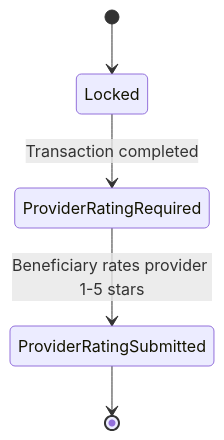
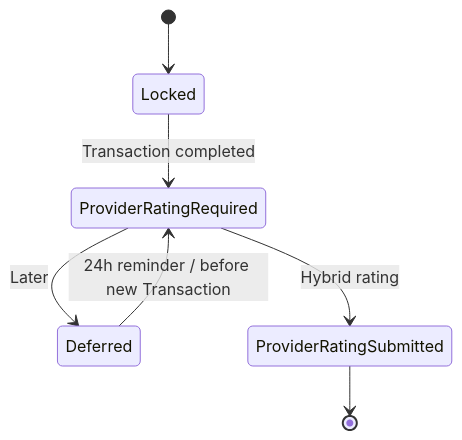
One commit to Yadd-SanaaUniversityGraduationProject/yadd changed the sixth of 8 diagrams in docs/03-analysis/07-lifecycles.md. Above: the diagram before and after it, drawn with Mermaid. The commit also changed other lines of this file, not shown here.

````diff
--- a/docs/03-analysis/07-lifecycles.md
+++ b/docs/03-analysis/07-lifecycles.md
@@ -122,7 +137,9 @@
 ```mermaid
 stateDiagram-v2
     [*] --> Locked
     Locked --> ProviderRatingRequired: Transaction completed
-    ProviderRatingRequired --> ProviderRatingSubmitted: Beneficiary rates provider 1-5 stars
+    ProviderRatingRequired --> Deferred: Later
+    Deferred --> ProviderRatingRequired: 24h reminder / before new Transaction
+    ProviderRatingRequired --> ProviderRatingSubmitted: Hybrid rating
     ProviderRatingSubmitted --> [*]
 ```
````
